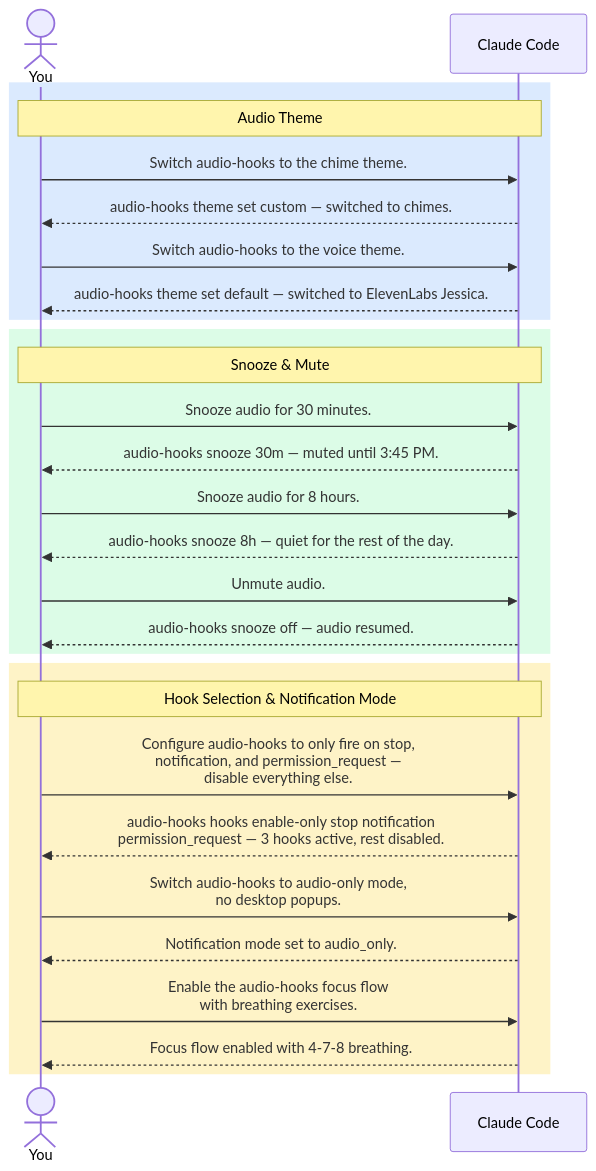
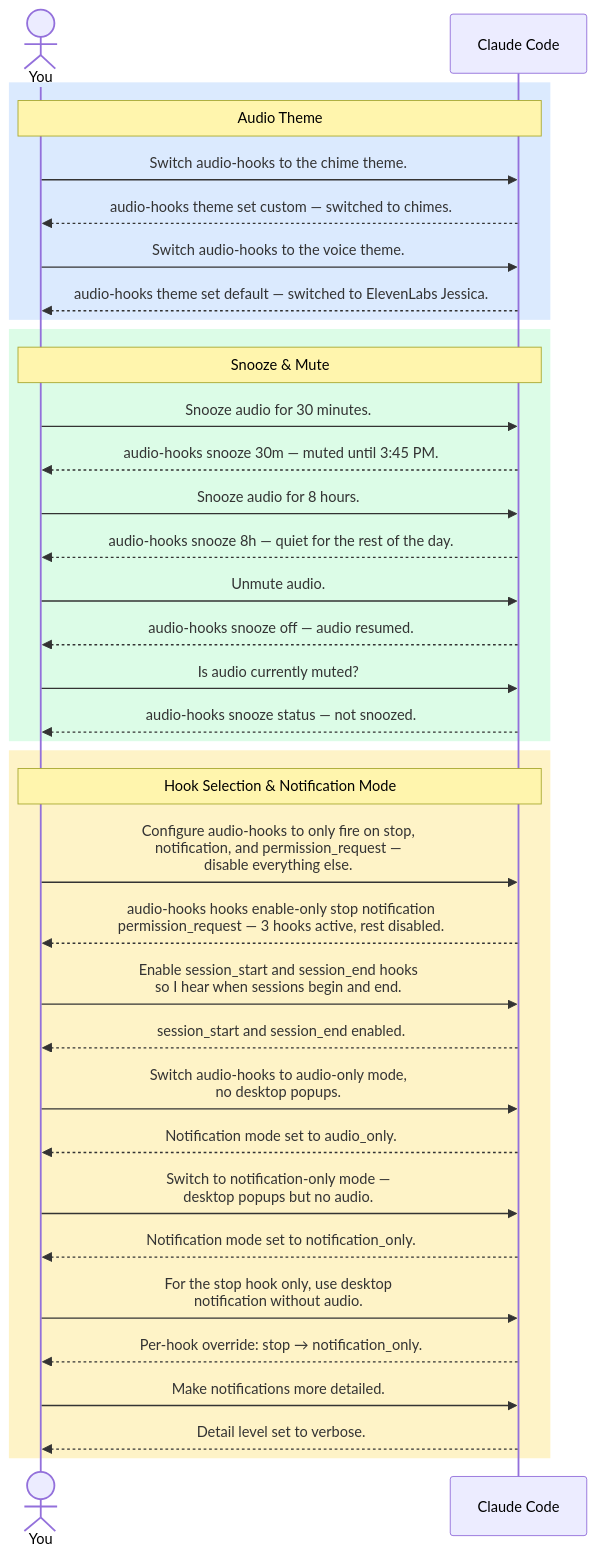
One commit to tozaki1545atebau/claude-code-audio-hooks changed the second of 7 diagrams in README.md. Above: the diagram before and after it, drawn with Mermaid. The commit also changed other lines of this file, not shown here.

````diff
--- a/README.md
+++ b/README.md
@@ -181,33 +181,41 @@
 ```mermaid
 sequenceDiagram
     actor You as You
     participant CC as Claude Code
 
     rect rgb(219, 234, 254)
     Note over You,CC: Audio Theme
     You->>CC: Switch audio-hooks to the chime theme.
     CC-->>You: audio-hooks theme set custom — switched to chimes.
     You->>CC: Switch audio-hooks to the voice theme.
     CC-->>You: audio-hooks theme set default — switched to ElevenLabs Jessica.
     end
 
     rect rgb(220, 252, 231)
     Note over You,CC: Snooze & Mute
     You->>CC: Snooze audio for 30 minutes.
     CC-->>You: audio-hooks snooze 30m — muted until 3:45 PM.
     You->>CC: Snooze audio for 8 hours.
     CC-->>You: audio-hooks snooze 8h — quiet for the rest of the day.
     You->>CC: Unmute audio.
     CC-->>You: audio-hooks snooze off — audio resumed.
+    You->>CC: Is audio currently muted?
+    CC-->>You: audio-hooks snooze status — not snoozed.
     end
 
     rect rgb(254, 243, 199)
     Note over You,CC: Hook Selection & Notification Mode
     You->>CC: Configure audio-hooks to only fire on stop,<br/>notification, and permission_request —<br/>disable everything else.
     CC-->>You: audio-hooks hooks enable-only stop notification<br/>permission_request — 3 hooks active, rest disabled.
+    You->>CC: Enable session_start and session_end hooks<br/>so I hear when sessions begin and end.
+    CC-->>You: session_start and session_end enabled.
     You->>CC: Switch audio-hooks to audio-only mode,<br/>no desktop popups.
     CC-->>You: Notification mode set to audio_only.
-    You->>CC: Enable the audio-hooks focus flow<br/>with breathing exercises.
-    CC-->>You: Focus flow enabled with 4-7-8 breathing.
+    You->>CC: Switch to notification-only mode —<br/>desktop popups but no audio.
+    CC-->>You: Notification mode set to notification_only.
+    You->>CC: For the stop hook only, use desktop<br/>notification without audio.
+    CC-->>You: Per-hook override: stop → notification_only.
+    You->>CC: Make notifications more detailed.
+    CC-->>You: Detail level set to verbose.
     end
 ```
````
